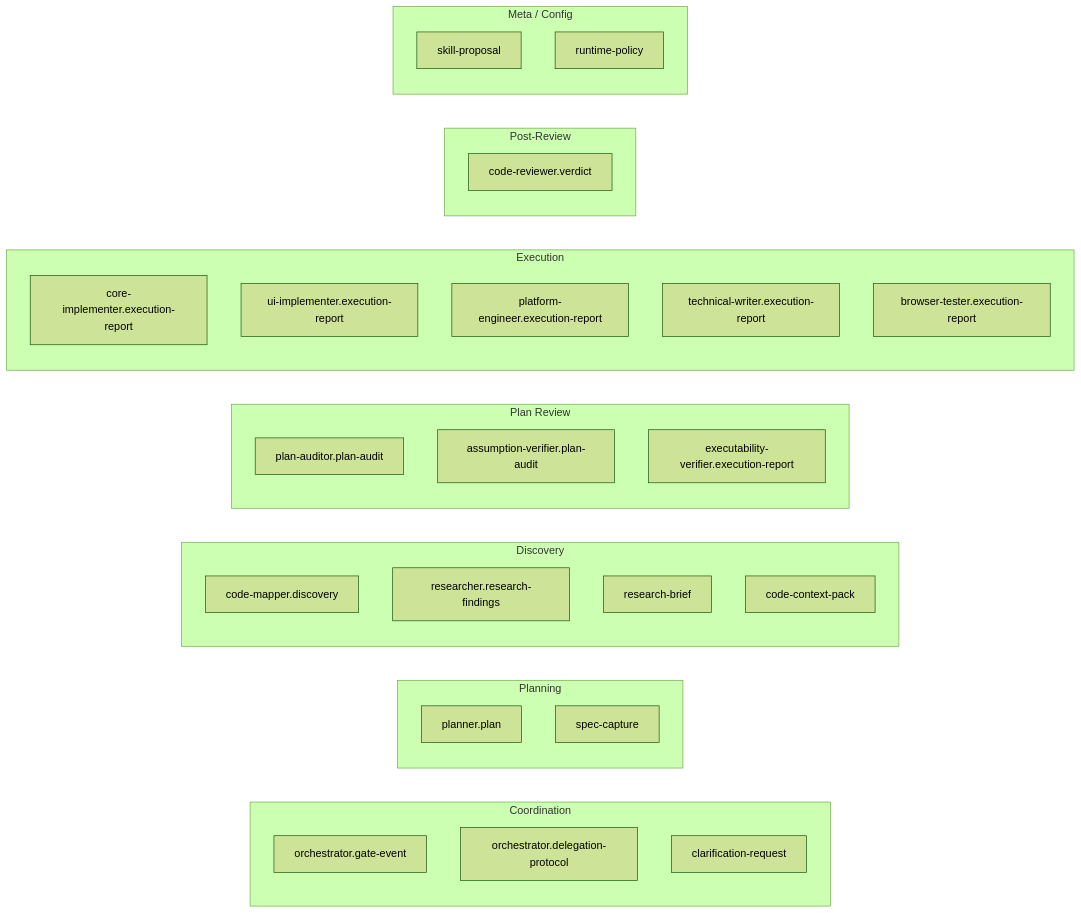
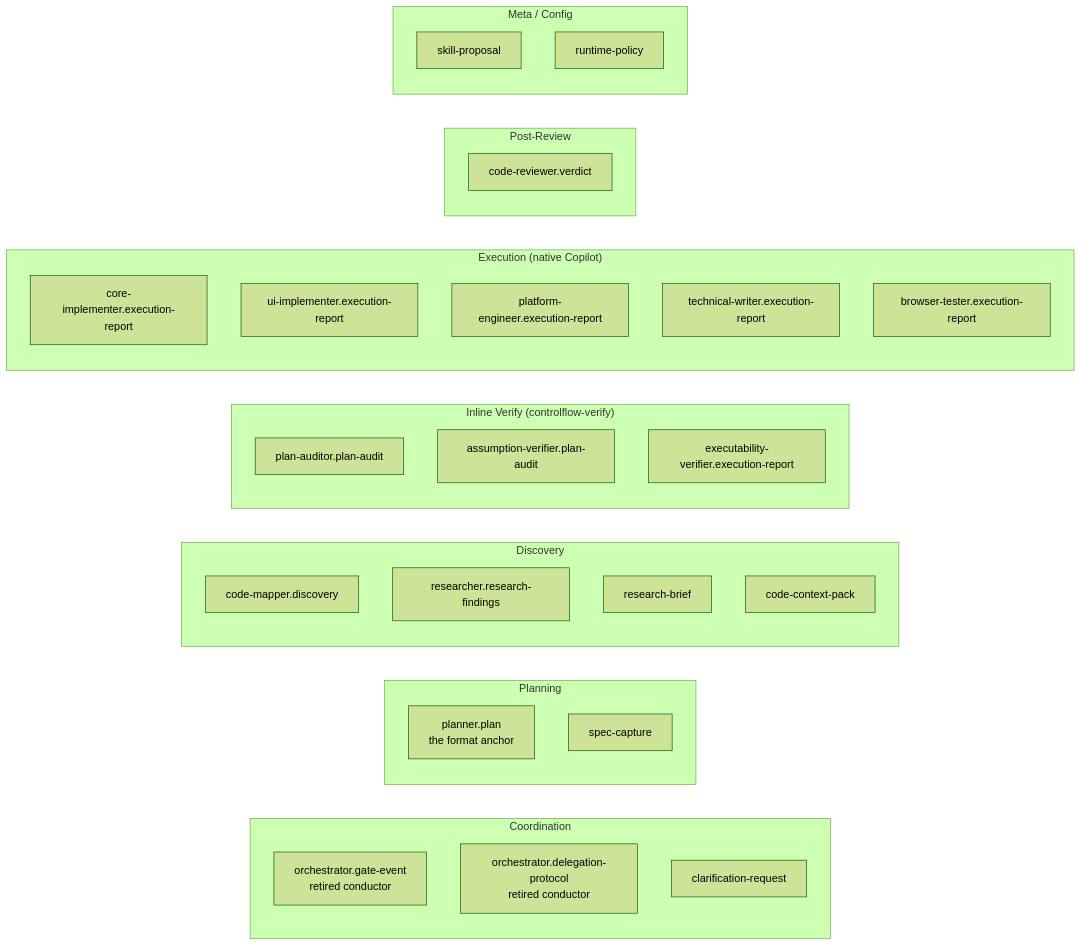
Before and after one commit to Smithbox-ai/ControlFlow: the diagram in docs/tutorial-en/09-schemas.md, drawn with Mermaid (forest theme). The commit also changed other lines of this file and 51 other files, not shown here.

````diff
--- a/docs/tutorial-en/09-schemas.md
+++ b/docs/tutorial-en/09-schemas.md
@@ -46,37 +48,37 @@
 ```mermaid
 flowchart LR
     subgraph Coord["Coordination"]
-        OG[orchestrator.gate-event]
-        OD[orchestrator.delegation-protocol]
+        OG[orchestrator.gate-event<br/>retired conductor]
+        OD[orchestrator.delegation-protocol<br/>retired conductor]
         CL[clarification-request]
     end
     subgraph Plan["Planning"]
-        PL[planner.plan]
+        PL[planner.plan<br/>the format anchor]
         SC[spec-capture]
     end
     subgraph Disc["Discovery"]
         CM[code-mapper.discovery]
         RR[researcher.research-findings]
         RB[research-brief]
         CC[code-context-pack]
     end
-    subgraph Rev["Plan Review"]
+    subgraph Rev["Inline Verify (controlflow-verify)"]
         PA[plan-auditor.plan-audit]
         AV[assumption-verifier.plan-audit]
         EV[executability-verifier.execution-report]
     end
-    subgraph Exec["Execution"]
+    subgraph Exec["Execution (native Copilot)"]
         CI[core-implementer.execution-report]
         UI[ui-implementer.execution-report]
         PE[platform-engineer.execution-report]
         TW[technical-writer.execution-report]
         BT[browser-tester.execution-report]
     end
     subgraph PostRev["Post-Review"]
         CR[code-reviewer.verdict]
     end
     subgraph Meta["Meta / Config"]
         SP[skill-proposal]
         RP[runtime-policy]
     end
 ```
````
